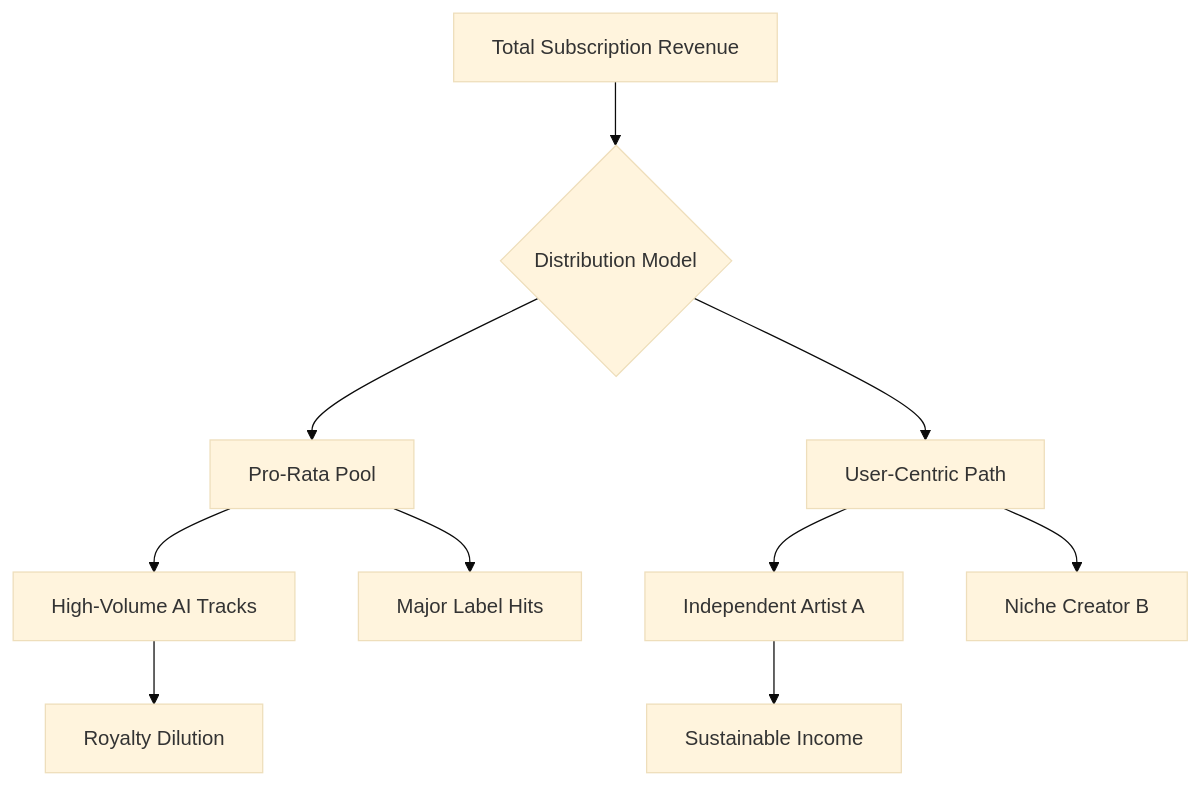
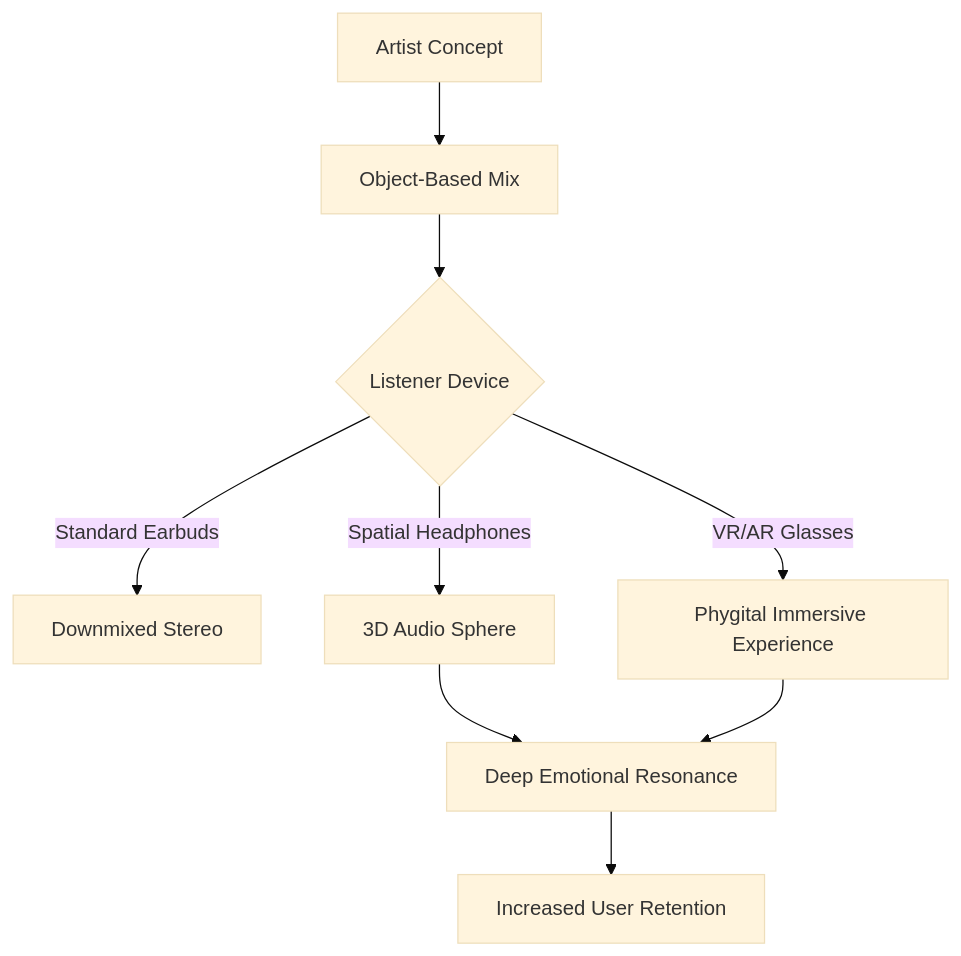
The diagram in blog-source/_posts/2026-06-26-theme-of-music.md (Thirupathi-pirate/ivy), drawn with Mermaid (base theme) before and after one commit. The commit also changed other lines of this file, not shown here.

````diff
--- a/blog-source/_posts/2026-06-26-theme-of-music.md
+++ b/blog-source/_posts/2026-06-26-theme-of-music.md
@@ -59,12 +63,11 @@
 ```mermaid
 graph TD
-    A[Total Subscription Revenue] --> B{Distribution Model}
-    B --> C[Pro-Rata Pool]
-    B --> D[User-Centric Path]
-    C --> E[High-Volume AI Tracks]
-    C --> F[Major Label Hits]
-    D --> G[Independent Artist A]
-    D --> H[Niche Creator B]
-    E --> I[Royalty Dilution]
-    G --> J[Sustainable Income]
+    A[Artist Concept] --> B[Object-Based Mix]
+    B --> C{Listener Device}
+    C -->|Standard Earbuds| D[Downmixed Stereo]
+    C -->|Spatial Headphones| E[3D Audio Sphere]
+    C -->|VR/AR Glasses| F[Phygital Immersive Experience]
+    E --> G[Deep Emotional Resonance]
+    F --> G
+    G --> H[Increased User Retention]
 ```
````
